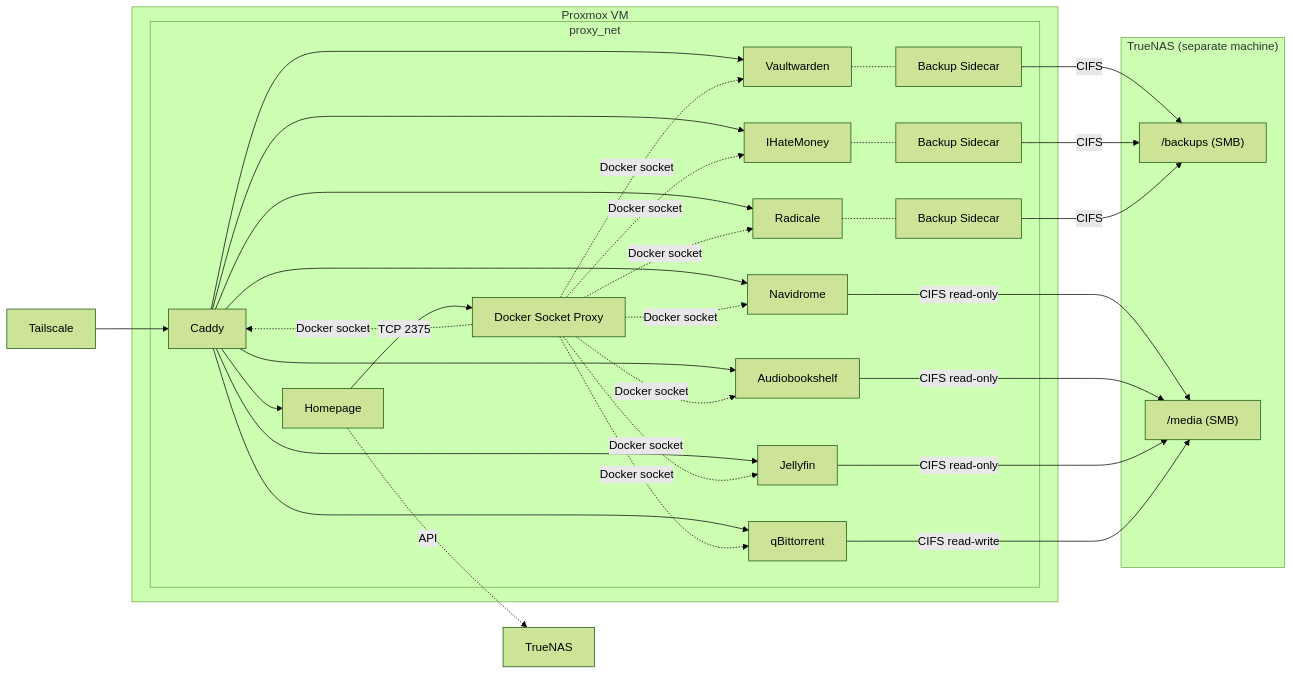
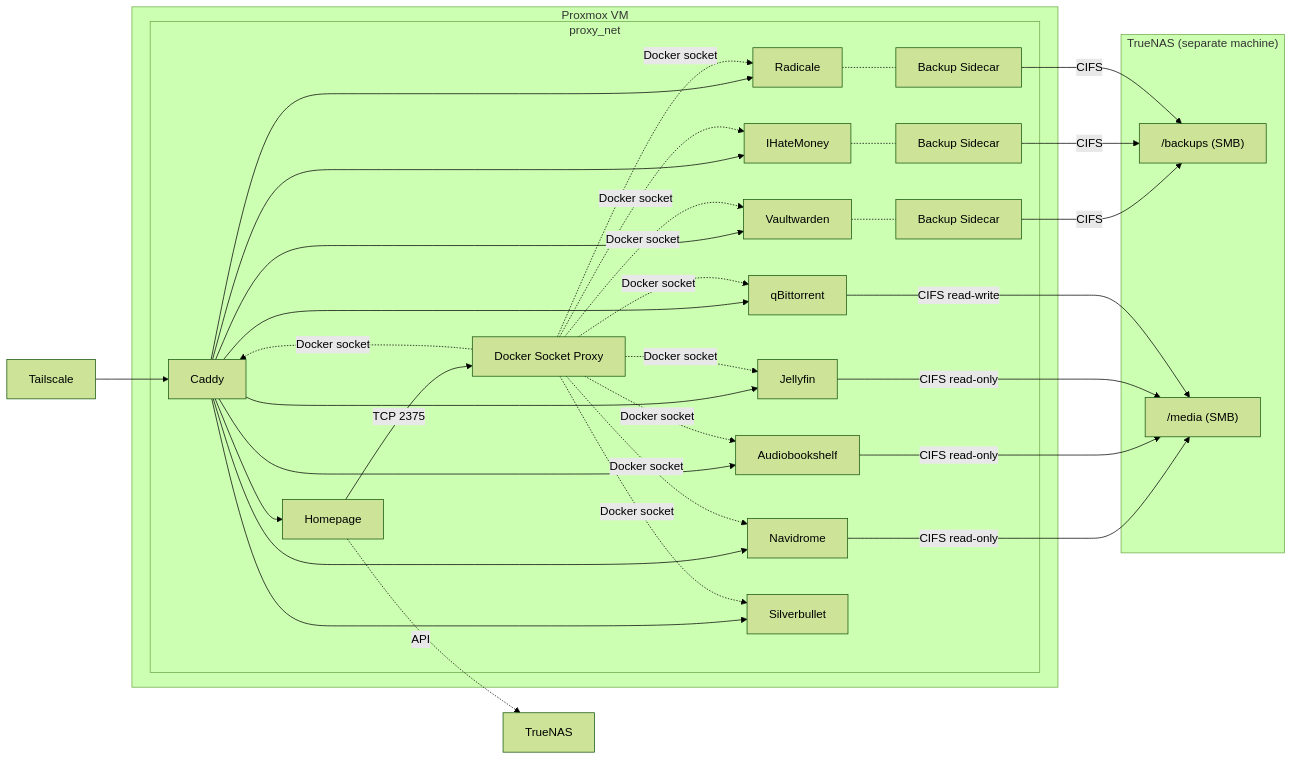
The first of 2 diagrams in README.md (masolnada/homelab), drawn with Mermaid (forest theme) before and after one commit. The commit also changed other lines of this file and 5 other files, not shown here.

````diff
--- a/README.md
+++ b/README.md
@@ -7,44 +7,46 @@
 ```mermaid
 graph LR
     TS[Tailscale] --> Caddy
 
     subgraph VM["Proxmox VM"]
         subgraph proxy_net
             Caddy --> Homepage
             Caddy --> Vaultwarden
             Caddy --> Navidrome
             Caddy --> Audiobookshelf
             Caddy --> IHateMoney
             Caddy --> Jellyfin
             Caddy --> qBittorrent
             Caddy --> Radicale
+            Caddy --> Silverbullet
             Homepage -->|TCP 2375| DockerProxy[Docker Socket Proxy]
             DockerProxy -.->|Docker socket| Caddy
             DockerProxy -.->|Docker socket| Vaultwarden
             DockerProxy -.->|Docker socket| Navidrome
             DockerProxy -.->|Docker socket| Audiobookshelf
             DockerProxy -.->|Docker socket| IHateMoney
             DockerProxy -.->|Docker socket| Jellyfin
             DockerProxy -.->|Docker socket| qBittorrent
             DockerProxy -.->|Docker socket| Radicale
+            DockerProxy -.->|Docker socket| Silverbullet
             Vaultwarden -.- Backup[Backup Sidecar]
             IHateMoney -.- IHMBackup[Backup Sidecar]
             Radicale -.- RadBackup[Backup Sidecar]
         end
     end
 
     subgraph NAS["TrueNAS (separate machine)"]
         backups["/backups (SMB)"]
         media["/media (SMB)"]
     end
 
     Homepage -.->|API| TrueNAS
 
     Backup -->|CIFS| backups
     IHMBackup -->|CIFS| backups
     RadBackup -->|CIFS| backups
     Navidrome -->|CIFS read-only| media
     Audiobookshelf -->|CIFS read-only| media
     Jellyfin -->|CIFS read-only| media
     qBittorrent -->|CIFS read-write| media
 ```
````
